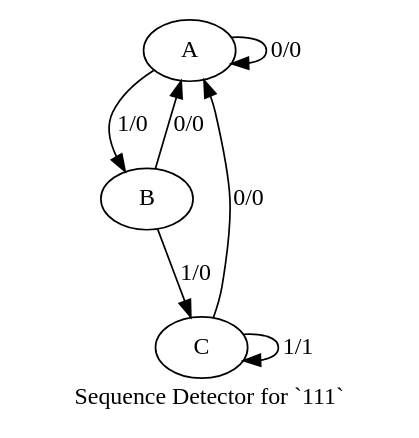
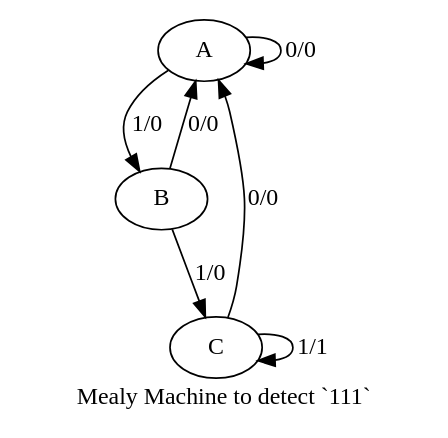
The diagram in seq2fsm/output/mealy_fsm_for_111.dot (say4n/fsmutil), drawn with Graphviz before and after one commit. The commit also changed 13 other files, not shown here.

```diff
--- a/seq2fsm/output/mealy_fsm_for_111.dot
+++ b/seq2fsm/output/mealy_fsm_for_111.dot
@@ -1,15 +1,15 @@
 digraph "" {
-	graph [label="Sequence Detector for `111`"];
+	graph [label="Mealy Machine to detect `111`"];
 	A -> A [key=0,
 	label="0/0"];
 A -> B [key=0,
 label="1/0"];
 B -> A [key=0,
 label="0/0"];
 B -> C [key=0,
 label="1/0"];
 C -> A [key=0,
 label="0/0"];
 C -> C [key=0,
 label="1/1"];
 }
```
